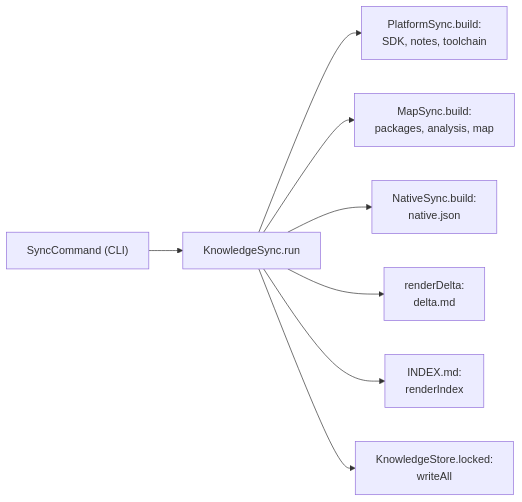
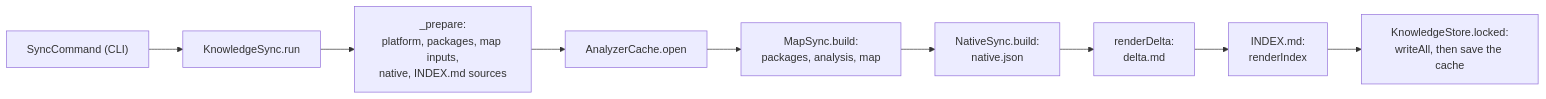
The diagram in docs/guide/knowledge-store.md (UTTAM-VAGHASIA/appstein), drawn with Mermaid before and after one commit. The commit also changed other lines of this file and 6 other files, not shown here.

First line of the commit message:
docs(guide): incremental sync page; knowledge-store, project-map, cli, ci, architecture and the guide index

````diff
--- a/docs/guide/knowledge-store.md
+++ b/docs/guide/knowledge-store.md
@@ -32,10 +32,11 @@
 ```mermaid
 flowchart LR
   cli["SyncCommand (CLI)"] --> run["KnowledgeSync.run"]
-  run --> platform["PlatformSync.build:<br/>SDK, notes, toolchain"]
-  run --> map["MapSync.build:<br/>packages, analysis, map"]
-  run --> native["NativeSync.build:<br/>native.json"]
-  run --> delta["renderDelta:<br/>delta.md"]
-  run --> index["INDEX.md:<br/>renderIndex"]
-  run --> store["KnowledgeStore.locked:<br/>writeAll"]
+  run --> prepare["_prepare:<br/>platform, packages, map inputs,<br/>native, INDEX.md sources"]
+  prepare --> cache["AnalyzerCache.open"]
+  cache --> map["MapSync.build:<br/>packages, analysis, map"]
+  map --> native["NativeSync.build:<br/>native.json"]
+  native --> delta["renderDelta:<br/>delta.md"]
+  delta --> index["INDEX.md:<br/>renderIndex"]
+  index --> store["KnowledgeStore.locked:<br/>writeAll, then save the cache"]
 ```
````
